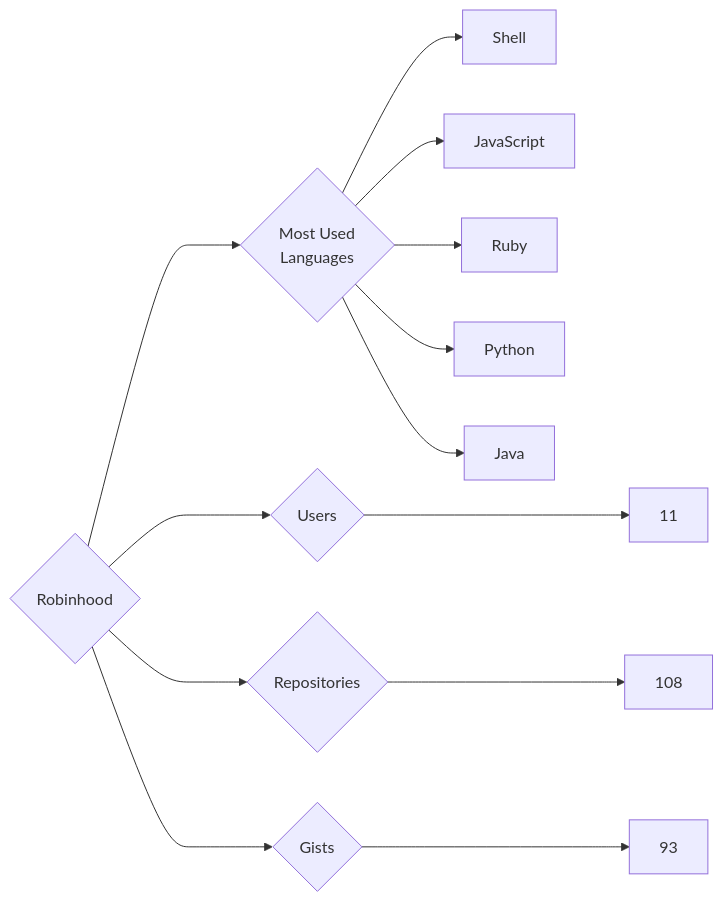
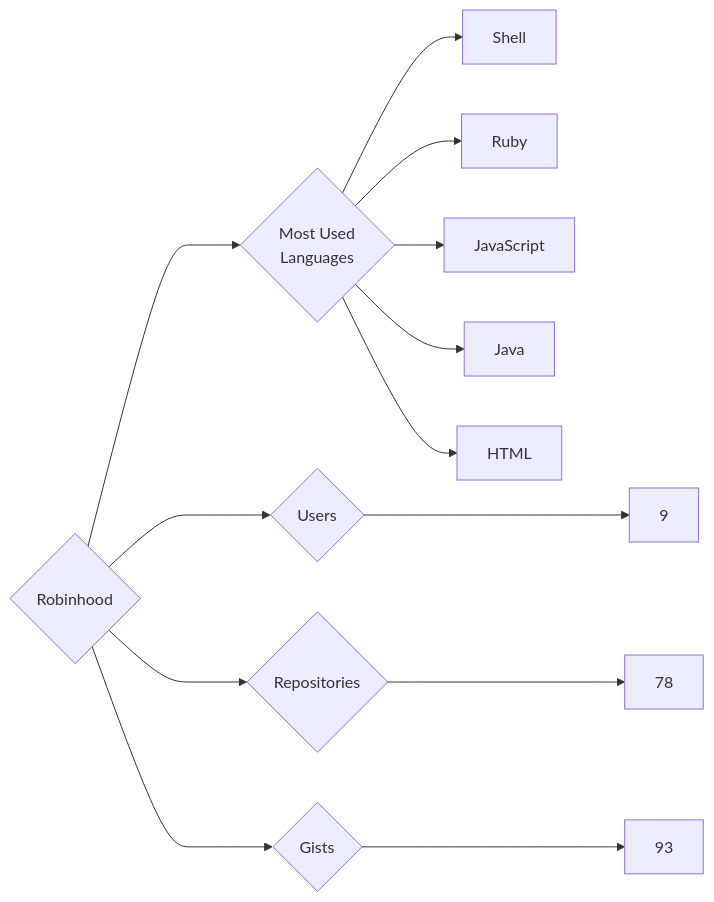
One commit to trickest/insiders changed the diagram in targets/Robinhood/README.md. Above: the diagram before and after it, drawn with Mermaid. The commit also changed 1389 other files, not shown here.

````diff
--- a/targets/Robinhood/README.md
+++ b/targets/Robinhood/README.md
@@ -3,13 +3,13 @@
 ```mermaid
 graph LR
 COMPANY_NAME{Robinhood}
-COMPANY_NAME ---> U{Users} ---> UN[11]
-COMPANY_NAME ---> R{Repositories} ---> RN[108]
+COMPANY_NAME ---> U{Users} ---> UN[9]
+COMPANY_NAME ---> R{Repositories} ---> RN[78]
 COMPANY_NAME ---> G{Gists} ---> GN[93]
 COMPANY_NAME ---> ML{Most Used<br>Languages}
 ML --> Shell[Shell]
+ML --> Ruby[Ruby]
 ML --> JavaScript[JavaScript]
-ML --> Ruby[Ruby]
-ML --> Python[Python]
 ML --> Java[Java]
+ML --> HTML[HTML]
 ```
````
